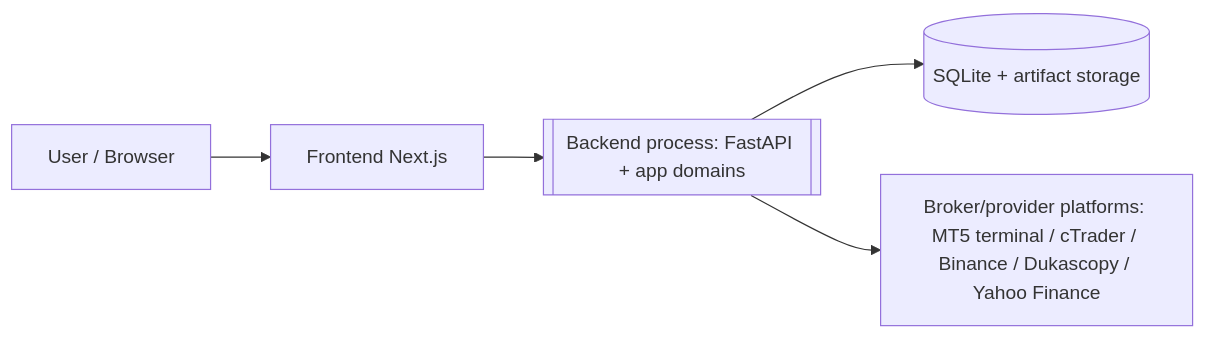
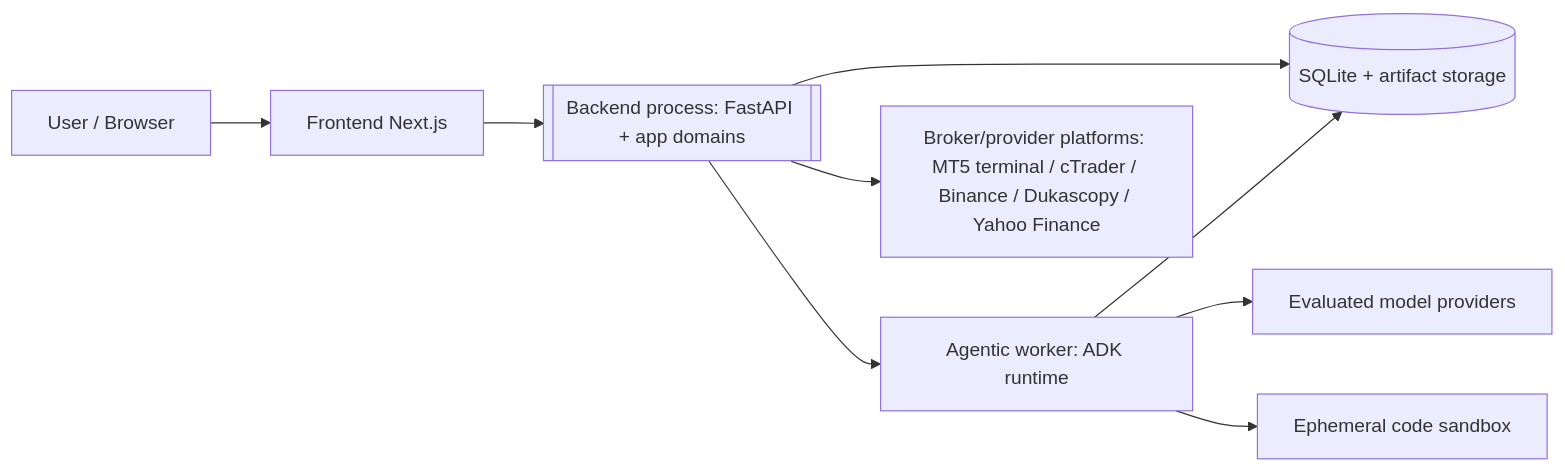
One commit to haruperi/HaruQuantAI changed the fifth of 5 diagrams in docs/PROJECT.md. Above: the diagram before and after it, drawn with Mermaid. The commit also changed other lines of this file and 155 other files, not shown here.

````diff
--- a/docs/PROJECT.md
+++ b/docs/PROJECT.md
@@ -1048,7 +1206,11 @@
 ```mermaid
 flowchart LR
     U[User / Browser] --> FE[Frontend Next.js]
     FE --> BE[[Backend process: FastAPI + app domains]]
     BE --> DB[(SQLite + artifact storage)]
+    BE --> AW[Agentic worker: ADK runtime]
+    AW --> MP[Evaluated model providers]
+    AW --> SB[Ephemeral code sandbox]
+    AW --> DB
     BE --> MT5[Broker/provider platforms: MT5 terminal / cTrader / Binance / Dukascopy / Yahoo Finance]
 ```
````
